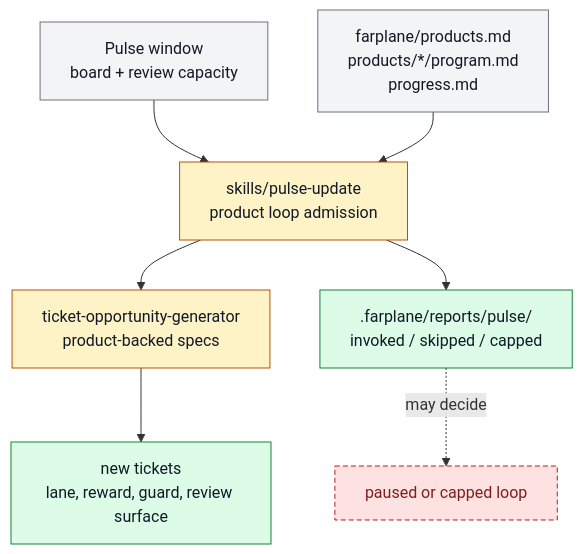
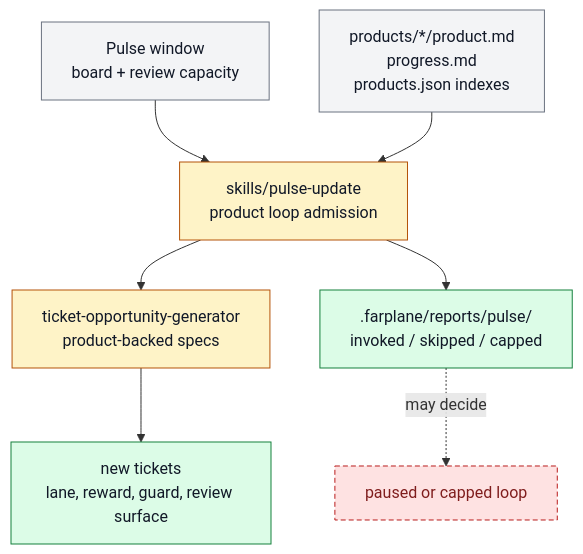
One commit to ZanarkandTechnologies/Farplane changed the diagram in docs/features/FEAT-0066-product-scoped-pulse-loops.md. Above: the diagram before and after it, drawn with Mermaid. The commit also changed other lines of this file and 62 other files, not shown here.

````diff
--- a/docs/features/FEAT-0066-product-scoped-pulse-loops.md
+++ b/docs/features/FEAT-0066-product-scoped-pulse-loops.md
@@ -110,22 +120,22 @@
 ```mermaid
 flowchart TD
   classDef keep fill:#f3f4f6,stroke:#6b7280,color:#111827
   classDef changed fill:#fef3c7,stroke:#b45309,color:#111827
   classDef added fill:#dcfce7,stroke:#15803d,color:#111827
   classDef retired fill:#fee2e2,stroke:#b91c1c,color:#7f1d1d,stroke-dasharray: 5 3
 
   window["Pulse window<br/>board + review capacity"]:::keep
   pulse["skills/pulse-update<br/>product loop admission"]:::changed
-  products["farplane/products.md<br/>products/*/program.md<br/>progress.md"]:::keep
+  products["products/*/product.md<br/>progress.md<br/>products.json indexes"]:::keep
   generator["ticket-opportunity-generator<br/>product-backed specs"]:::changed
   tickets["new tickets<br/>lane, reward, guard, review surface"]:::added
   report[".farplane/reports/pulse/<br/>invoked / skipped / capped"]:::added
   paused["paused or capped loop"]:::retired
 
   window --> pulse
   products --> pulse
   pulse --> generator
   generator --> tickets
   pulse --> report
   report -. may decide .-> paused
 ```
````
